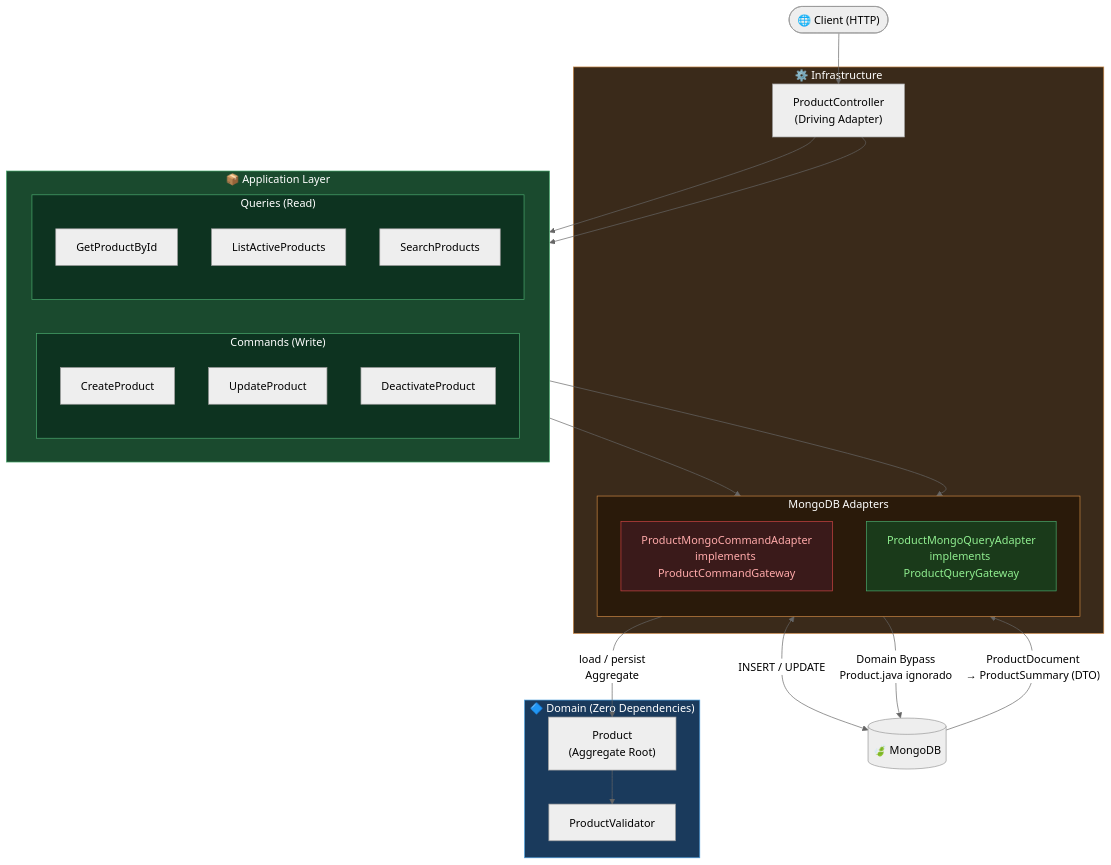
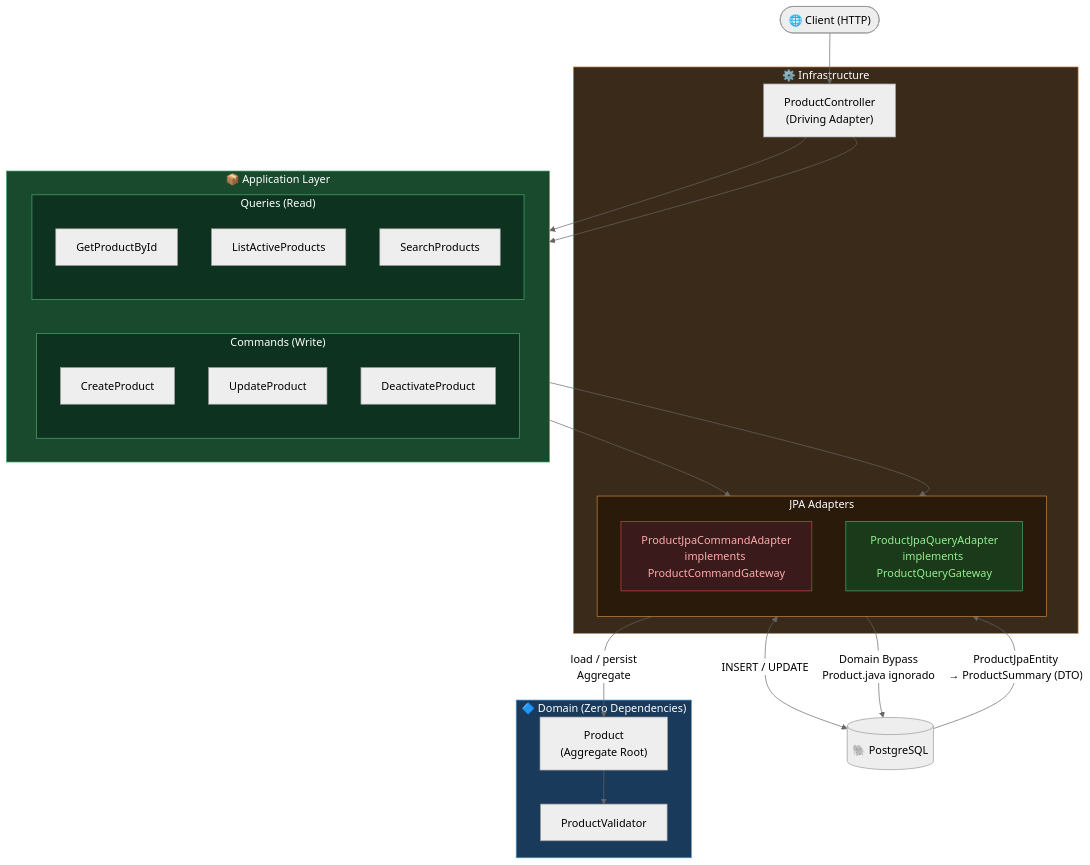
The first of 11 diagrams in README.md (wallanpsantos/ms-product-catalog), drawn with Mermaid (neutral theme) before and after one commit. The commit also changed other lines of this file and 7 other files, not shown here.

First line of the commit message:
docs: atualiza documentação para refletir migração de MongoDB para PostgreSQL

````diff
--- a/README.md
+++ b/README.md
@@ -252,54 +252,54 @@
 ```mermaid
 flowchart TB
     Client(["🌐 Client (HTTP)"])
     Client --> Controller
 
     subgraph Infrastructure ["⚙️ Infrastructure"]
         Controller["ProductController\n(Driving Adapter)"]
 
-        subgraph Adapters ["MongoDB Adapters"]
+        subgraph Adapters ["JPA Adapters"]
             direction TB
-            CMD["ProductMongoCommandAdapter\nimplements ProductCommandGateway"]
-            QRY["ProductMongoQueryAdapter\nimplements ProductQueryGateway"]
+            CMD["ProductJpaCommandAdapter\nimplements ProductCommandGateway"]
+            QRY["ProductJpaQueryAdapter\nimplements ProductQueryGateway"]
         end
     end
 
     subgraph Application ["📦 Application Layer"]
         direction LR
         subgraph Commands ["Commands (Write)"]
             C1["CreateProduct"]
             C2["UpdateProduct"]
             C3["DeactivateProduct"]
         end
         subgraph Queries ["Queries (Read)"]
             Q1["GetProductById"]
             Q2["ListActiveProducts"]
             Q3["SearchProducts"]
         end
     end
 
     subgraph Domain ["🔷 Domain (Zero Dependencies)"]
         AGG["Product\n(Aggregate Root)"]
         VAL["ProductValidator"]
         AGG --> VAL
     end
 
-    DB[("🍃 MongoDB")]
+    DB[("🐘 PostgreSQL")]
     Controller --> Commands
     Controller --> Queries
     Commands --> CMD
     Queries --> QRY
     CMD -->|" load / persist\nAggregate "| AGG
     CMD <-->|" INSERT / UPDATE "| DB
     QRY -->|" Domain Bypass\nProduct.java ignorado "| DB
-    DB -->|" ProductDocument\n→ ProductSummary (DTO) "| QRY
+    DB -->|" ProductJpaEntity\n→ ProductSummary (DTO) "| QRY
     style Domain fill: #1a3a5c, color: #fff, stroke: #4a9ede
     style Application fill: #1a4a2e, color: #fff, stroke: #4aaa6e
     style Infrastructure fill: #3a2a1a, color: #fff, stroke: #cc8844
     style Commands fill: #0d3320, color: #fff, stroke: #4aaa6e
     style Queries fill: #0d3320, color: #fff, stroke: #4aaa6e
     style Adapters fill: #2a1a0a, color: #fff, stroke: #cc8844
     style QRY fill: #1a3a1a, color: #90ee90, stroke: #4aaa6e
     style CMD fill: #3a1a1a, color: #ffaaaa, stroke: #cc4444
 
 ```
````
